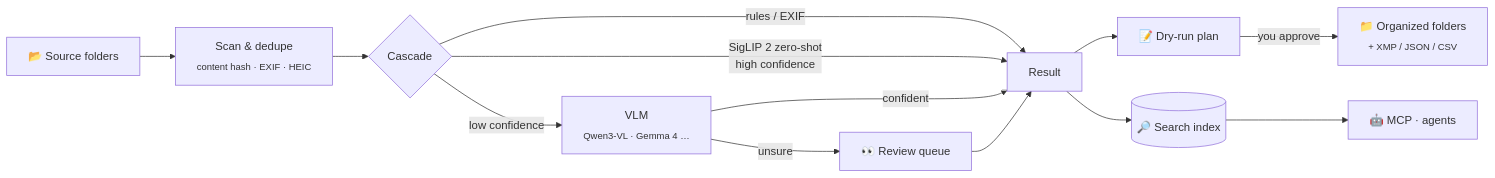
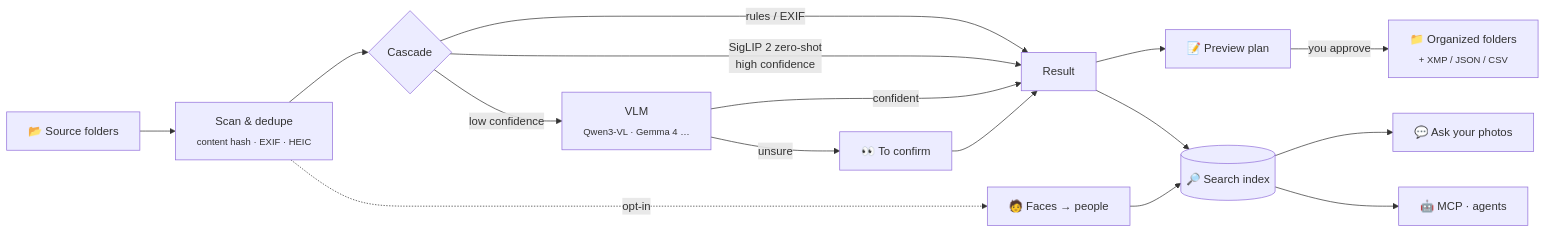
One commit to romanticamaj/openphotoagent changed the first of 2 diagrams in README.md. Above: the diagram before and after it, drawn with Mermaid. The commit also changed other lines of this file and 13 other files, not shown here.

First line of the commit message:
docs: feature coverage review; reconcile specs, roadmap, CLI name opagent

````diff
--- a/README.md
+++ b/README.md
@@ -87,15 +104,18 @@
 ```mermaid
 flowchart LR
   A["📂 Source folders"] --> B["Scan & dedupe<br/><sub>content hash · EXIF · HEIC</sub>"]
   B --> C{"Cascade"}
   C -->|"rules / EXIF"| R["Result"]
   C -->|"SigLIP 2 zero-shot<br/>high confidence"| R
   C -->|"low confidence"| V["VLM<br/><sub>Qwen3-VL · Gemma 4 …</sub>"]
   V -->|"confident"| R
-  V -->|"unsure"| Q["👀 Review queue"]
+  V -->|"unsure"| Q["👀 To confirm"]
   Q --> R
-  R --> P["📝 Dry-run plan"]
+  R --> P["📝 Preview plan"]
   P -->|"you approve"| O["📁 Organized folders<br/><sub>+ XMP / JSON / CSV</sub>"]
+  B -.->|"opt-in"| F["🧑 Faces → people"]
   R --> S[("🔎 Search index")]
+  F --> S
+  S --> K["💬 Ask your photos"]
   S --> M["🤖 MCP · agents"]
 ```
````
